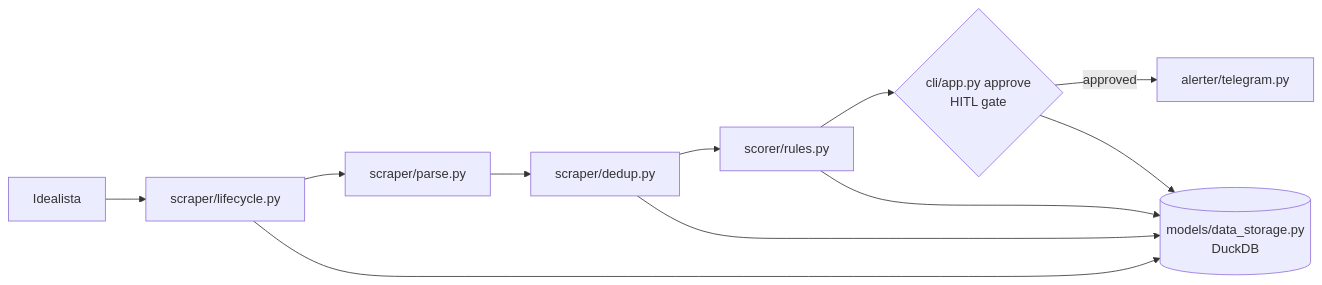
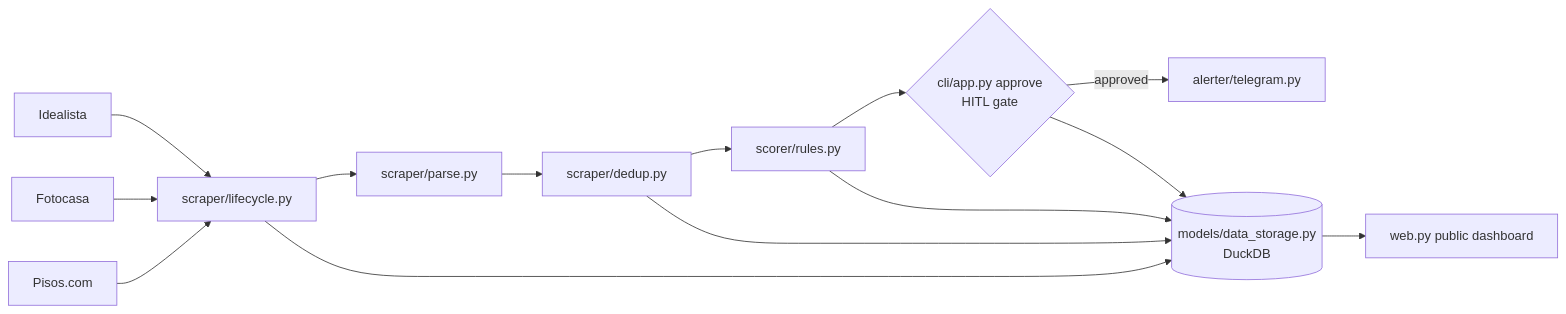
The diagram in README.md (Alexramsal/home-ops), drawn with Mermaid before and after one commit. The commit also changed other lines of this file and 1 other file, not shown here.

Commit message:
docs(readme): add banner + multi-portal & dashboard sections

````diff
--- a/README.md
+++ b/README.md
@@ -41,13 +47,16 @@
 ```mermaid
 flowchart LR
-    Portal[Idealista] --> LS[scraper/lifecycle.py]
+    P1[Idealista] --> LS[scraper/lifecycle.py]
+    P2[Fotocasa] --> LS
+    P3[Pisos.com] --> LS
     LS --> P[scraper/parse.py]
     P --> D[scraper/dedup.py]
     D --> R[scorer/rules.py]
     R --> H{cli/app.py approve<br/>HITL gate}
     H -- approved --> T[alerter/telegram.py]
     LS --> DB[(models/data_storage.py<br/>DuckDB)]
     D --> DB
     R --> DB
     H --> DB
+    DB --> W[web.py public dashboard]
 ```
````
